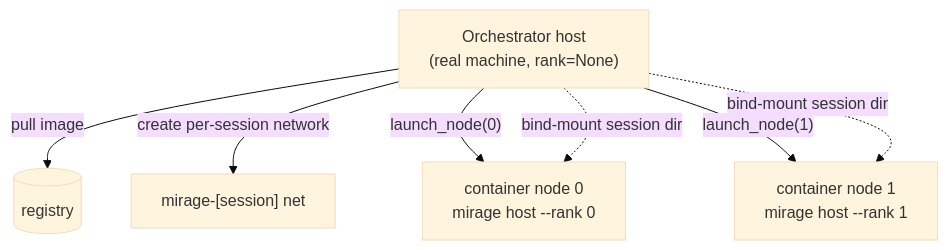
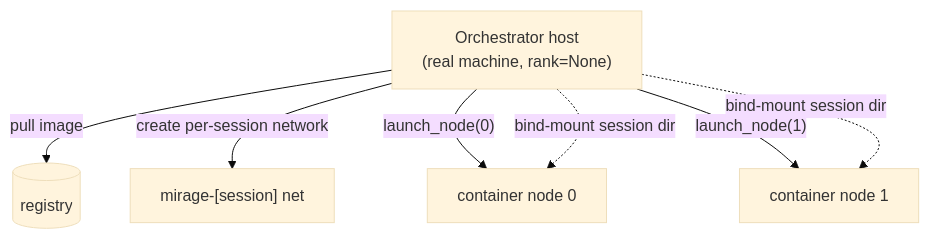
One commit to ROCm/rocm-systems changed diagram 11 of 15 in emulation/mirage/docs/demo-debugging-at-scale.md. Above: the diagram before and after it, drawn with Mermaid (base theme). The commit also changed other lines of this file and 7 other files, not shown here.

````diff
--- a/emulation/mirage/docs/demo-debugging-at-scale.md
+++ b/emulation/mirage/docs/demo-debugging-at-scale.md
@@ -392,10 +393,10 @@
 ```mermaid
 flowchart TB
     O["Orchestrator host<br/>(real machine, rank=None)"]
     O -->|"pull image"| IMG[("registry")]
     O -->|"create per-session network"| NET["mirage-[session] net"]
-    O -->|"launch_node(0)"| C0["container node 0<br/>mirage host --rank 0"]
-    O -->|"launch_node(1)"| C1["container node 1<br/>mirage host --rank 1"]
+    O -->|"launch_node(0)"| C0["container node 0"]
+    O -->|"launch_node(1)"| C1["container node 1"]
     O -.->|bind-mount session dir| C0
     O -.->|bind-mount session dir| C1
 ```
````
